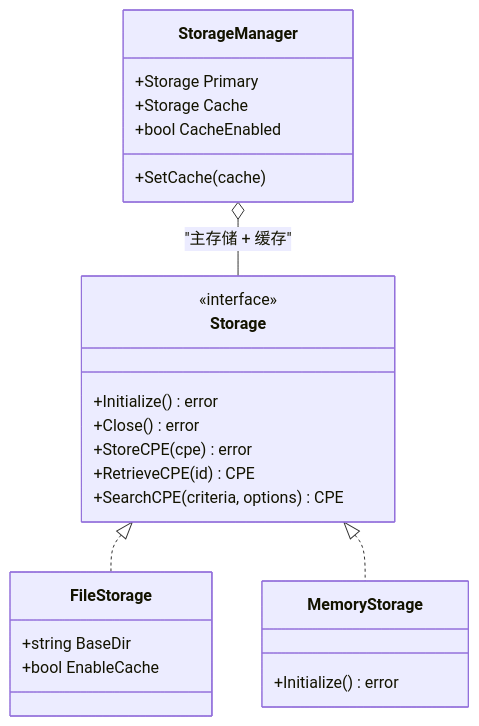
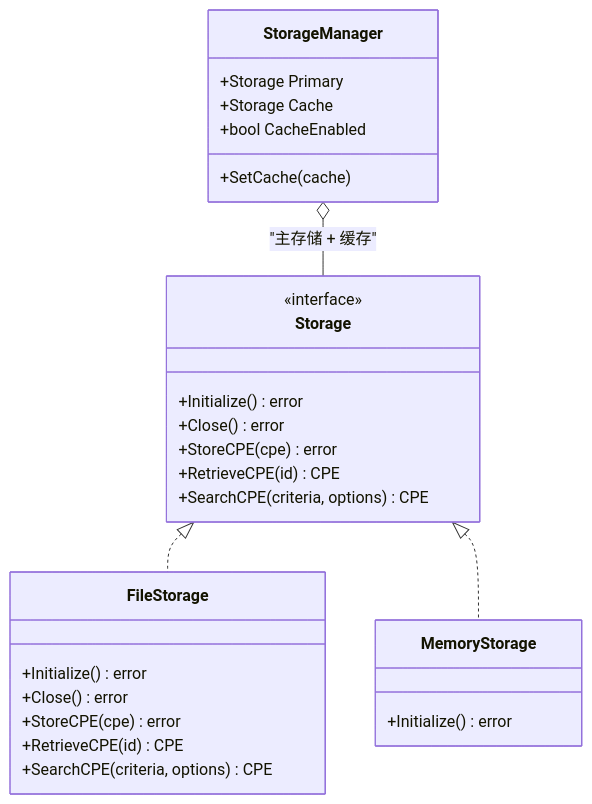
One commit to scagogogo/cpe-skills changed the diagram in website/zh/api/storage.md. Above: the diagram before and after it, drawn with Mermaid. The commit also changed other lines of this file and 34 other files, not shown here.

First line of the commit message:
docs(website): fix fabricated APIs in examples, sync zh with en, fix diagrams

````diff
--- a/website/zh/api/storage.md
+++ b/website/zh/api/storage.md
@@ -7,27 +7,30 @@
 ```mermaid
 classDiagram
     class Storage {
         <<interface>>
         +Initialize() error
         +Close() error
         +StoreCPE(cpe) error
         +RetrieveCPE(id) CPE
         +SearchCPE(criteria, options) CPE
     }
     class FileStorage {
-        +string BaseDir
-        +bool EnableCache
+        +Initialize() error
+        +Close() error
+        +StoreCPE(cpe) error
+        +RetrieveCPE(id) CPE
+        +SearchCPE(criteria, options) CPE
     }
     class MemoryStorage {
         +Initialize() error
     }
     class StorageManager {
         +Storage Primary
         +Storage Cache
         +bool CacheEnabled
         +SetCache(cache)
     }
     Storage <|.. FileStorage
     Storage <|.. MemoryStorage
     StorageManager o-- Storage : "主存储 + 缓存"
 ```
````
